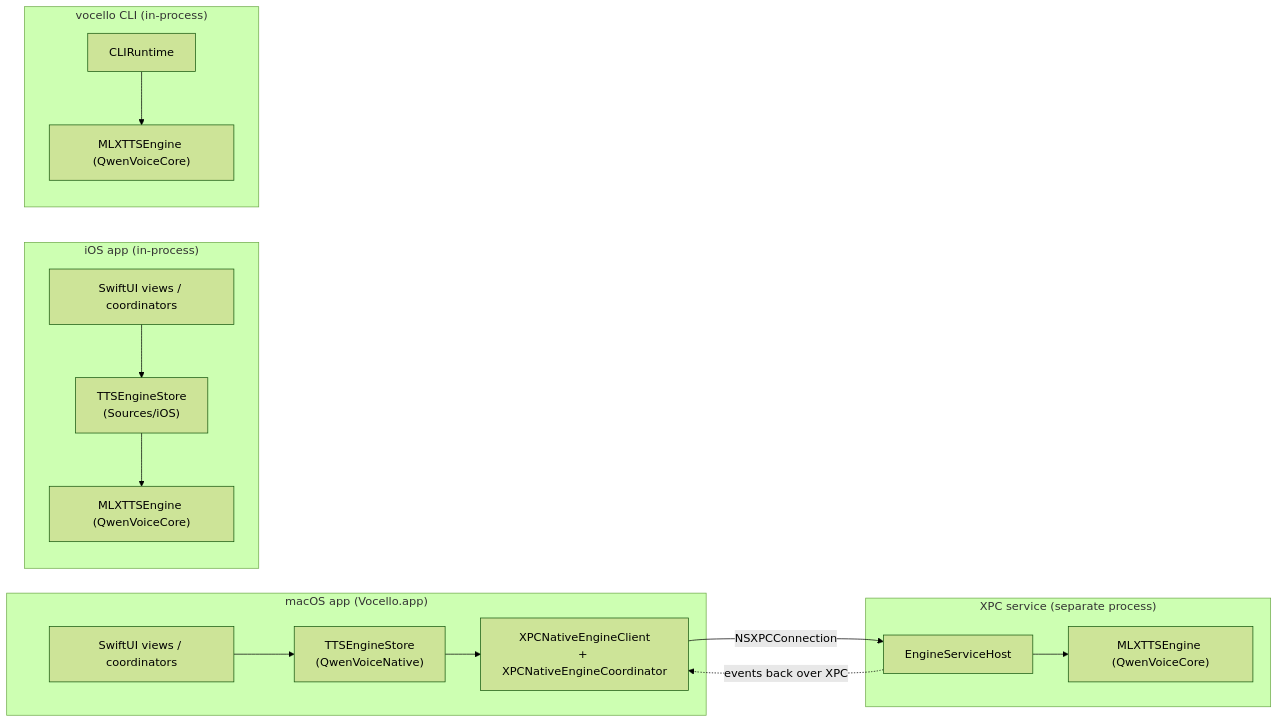
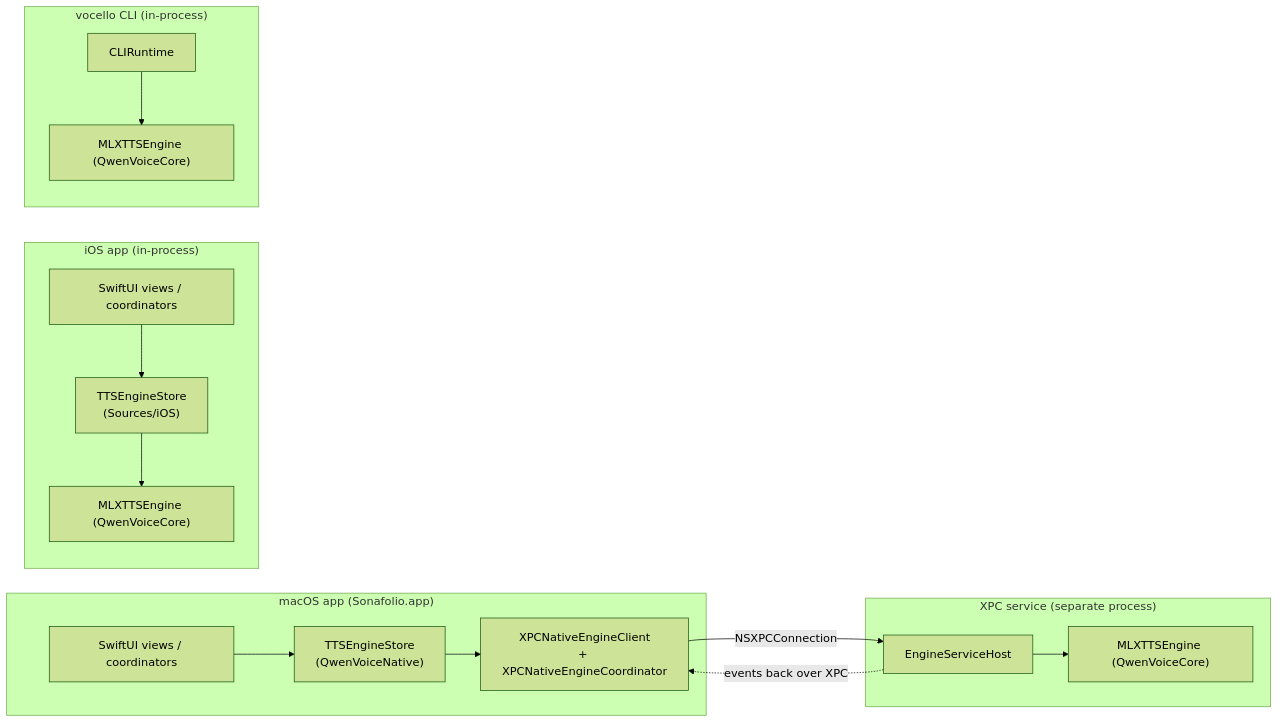
Before and after one commit to RononChen/QwenVoice: the second of 5 diagrams in docs/ARCHITECTURE.md, drawn with Mermaid (forest theme). The commit also changed other lines of this file and 73 other files, not shown here.

````diff
--- a/docs/ARCHITECTURE.md
+++ b/docs/ARCHITECTURE.md
@@ -189,26 +189,26 @@
 ```mermaid
 flowchart LR
-    subgraph macOS["macOS app (Vocello.app)"]
+    subgraph macOS["macOS app (Sonafolio.app)"]
         MacUI["SwiftUI views / coordinators"]
         MacStore["TTSEngineStore<br/>(QwenVoiceNative)"]
         MacClient["XPCNativeEngineClient<br/>+ XPCNativeEngineCoordinator"]
     end
     subgraph XPC["XPC service (separate process)"]
         Host["EngineServiceHost"]
         Core1["MLXTTSEngine (QwenVoiceCore)"]
     end
     subgraph iOS["iOS app (in-process)"]
         IOSUI["SwiftUI views / coordinators"]
         IOSStore["TTSEngineStore<br/>(Sources/iOS)"]
         Core2["MLXTTSEngine (QwenVoiceCore)"]
     end
     subgraph CLI["vocello CLI (in-process)"]
         CLIRuntime["CLIRuntime"]
         Core3["MLXTTSEngine (QwenVoiceCore)"]
     end
 
     MacUI --> MacStore --> MacClient -->|"NSXPCConnection"| Host --> Core1
     Host -.->|"events back over XPC"| MacClient
     IOSUI --> IOSStore --> Core2
     CLIRuntime --> Core3
 ```
````
